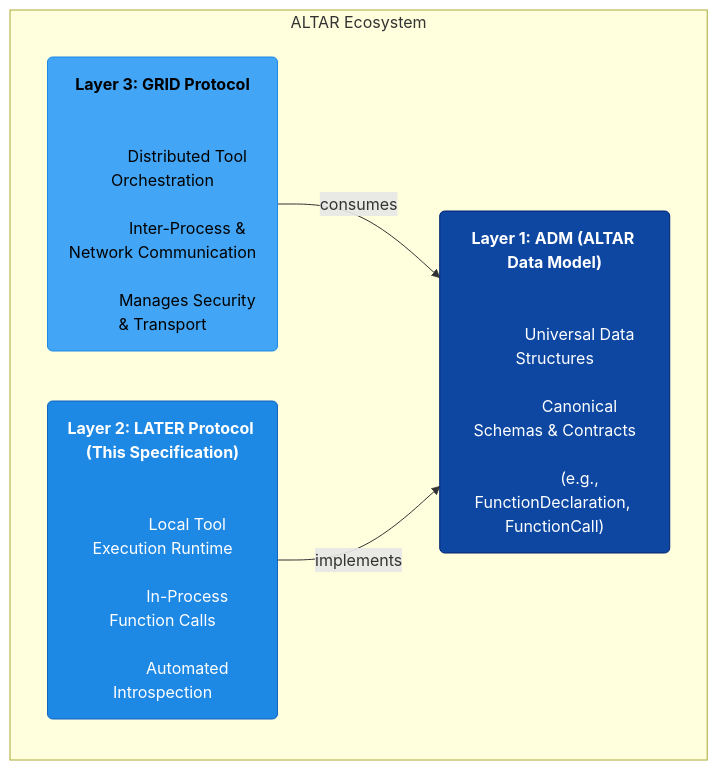
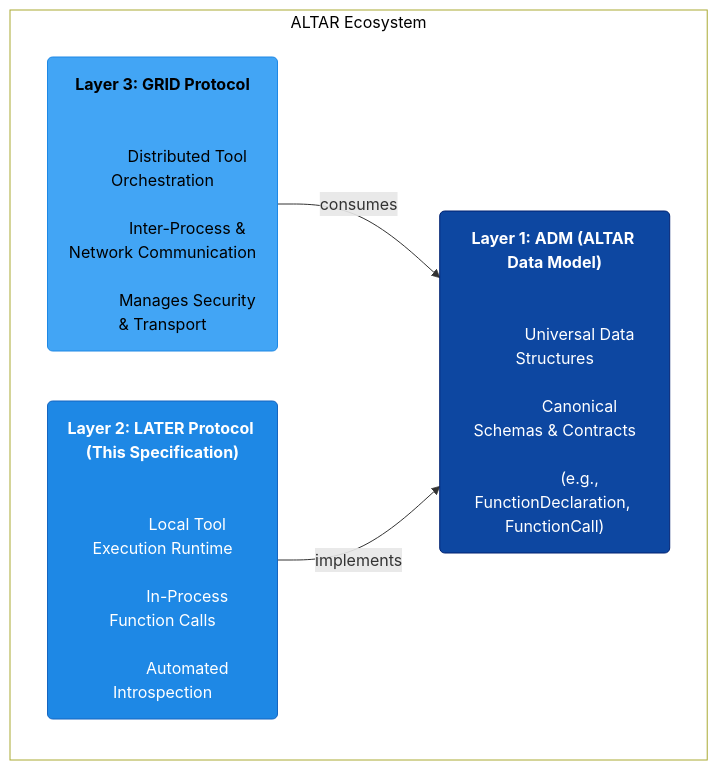
The first of 2 diagrams in specs/02-later-protocol/README.md (nshkrdotcom/ALTAR), drawn with Mermaid before and after one commit. The commit also changed 2 other files, not shown here.

````diff
--- a/specs/02-later-protocol/README.md
+++ b/specs/02-later-protocol/README.md
@@ -23,34 +23,35 @@
 ```mermaid
 graph TB
-    subgraph ALTAR Ecosystem
+    subgraph AE["ALTAR Ecosystem"]
         L3("
             <strong>Layer 3: GRID Protocol</strong><br/><br/>
             Distributed Tool Orchestration<br/>
             Inter-Process & Network Communication<br/>
             Manages Security & Transport
         ")
 
         L2("
             <strong>Layer 2: LATER Protocol (This Specification)</strong><br/><br/>
             Local Tool Execution Runtime<br/>
             In-Process Function Calls<br/>
             Automated Introspection
         ")
 
         L1("
             <strong>Layer 1: ADM (ALTAR Data Model)</strong><br/><br/>
             Universal Data Structures<br/>
             Canonical Schemas & Contracts<br/>
             (e.g., FunctionDeclaration, FunctionCall)
         ")
     end
 
     %% --- Define Connections ---
     L3 -- consumes --> L1
     L2 -- implements --> L1
 
     %% --- Styling ---
+    style AE fill: #FFF,color:#000
     style L3 fill:#42a5f5,stroke:#1e88e5,color:#000000
     style L2 fill:#1e88e5,stroke:#1565c0,color:#ffffff
     style L1 fill:#0d47a1,stroke:#002171,color:#ffffff
 ```
````
